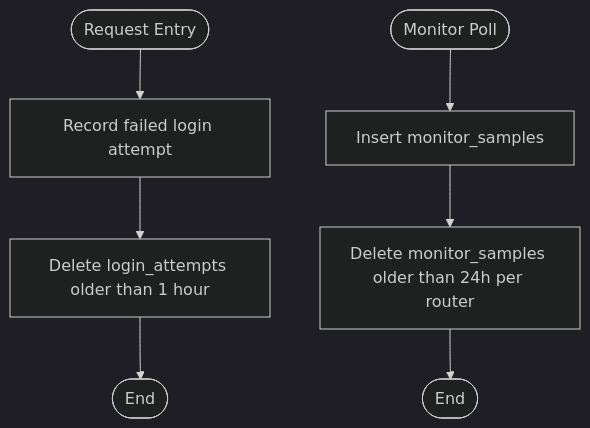
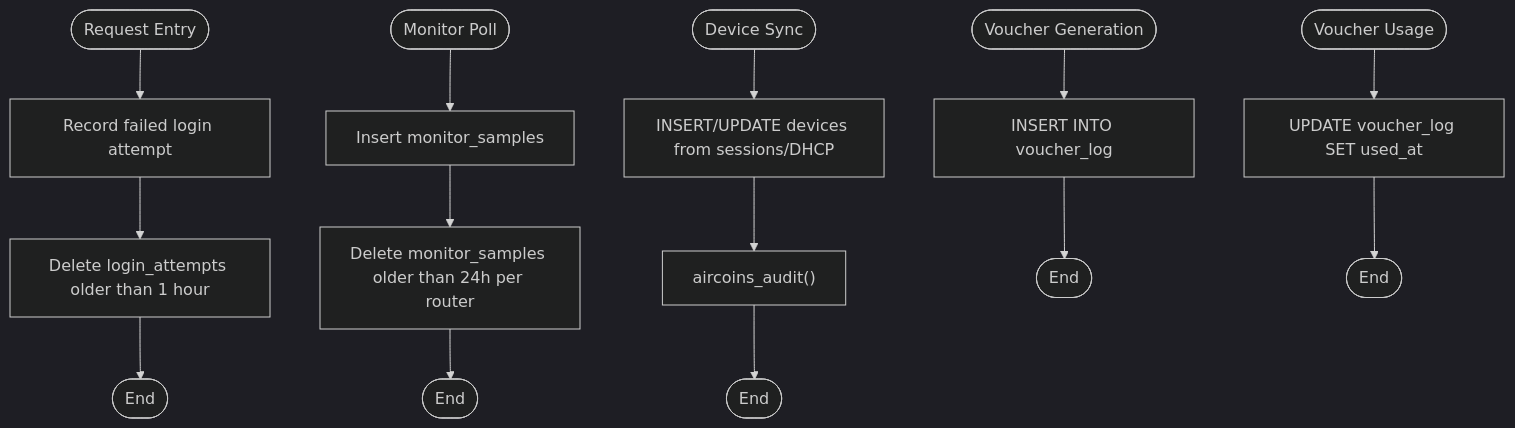
Diagram 11 of 11 in .qoder/repowiki/en/content/Database Schema & Data Models.md (Djnirds1984/MT-CONTROLLER-PISOWIFI), drawn with Mermaid (dark theme) before and after one commit. The commit also changed other lines of this file and 14 other files, not shown here.

First line of the commit message:
feat(devices): add device management and voucher audit documentation

````diff
--- a/.qoder/repowiki/en/content/Database Schema & Data Models.md
+++ b/.qoder/repowiki/en/content/Database Schema & Data Models.md
@@ -415,9 +600,16 @@
 ```mermaid
 flowchart TD
 Start(["Request Entry"]) --> RecordAttempt["Record failed login attempt"]
 RecordAttempt --> PruneAttempts["Delete login_attempts older than 1 hour"]
 PruneAttempts --> EndA(["End"])
 Start2(["Monitor Poll"]) --> InsertSample["Insert monitor_samples"]
 InsertSample --> PruneSamples["Delete monitor_samples older than 24h per router"]
 PruneSamples --> EndB(["End"])
+Start3(["Device Sync"]) --> UpsertDevices["INSERT/UPDATE devices from sessions/DHCP"]
+UpsertDevices --> AuditDevices["aircoins_audit()"]
+AuditDevices --> EndC(["End"])
+Start4(["Voucher Generation"]) --> CreateVoucher["INSERT INTO voucher_log"]
+CreateVoucher --> EndD(["End"])
+Start5(["Voucher Usage"]) --> MarkUsed["UPDATE voucher_log SET used_at"]
+MarkUsed --> EndE(["End"])
 ```
````
